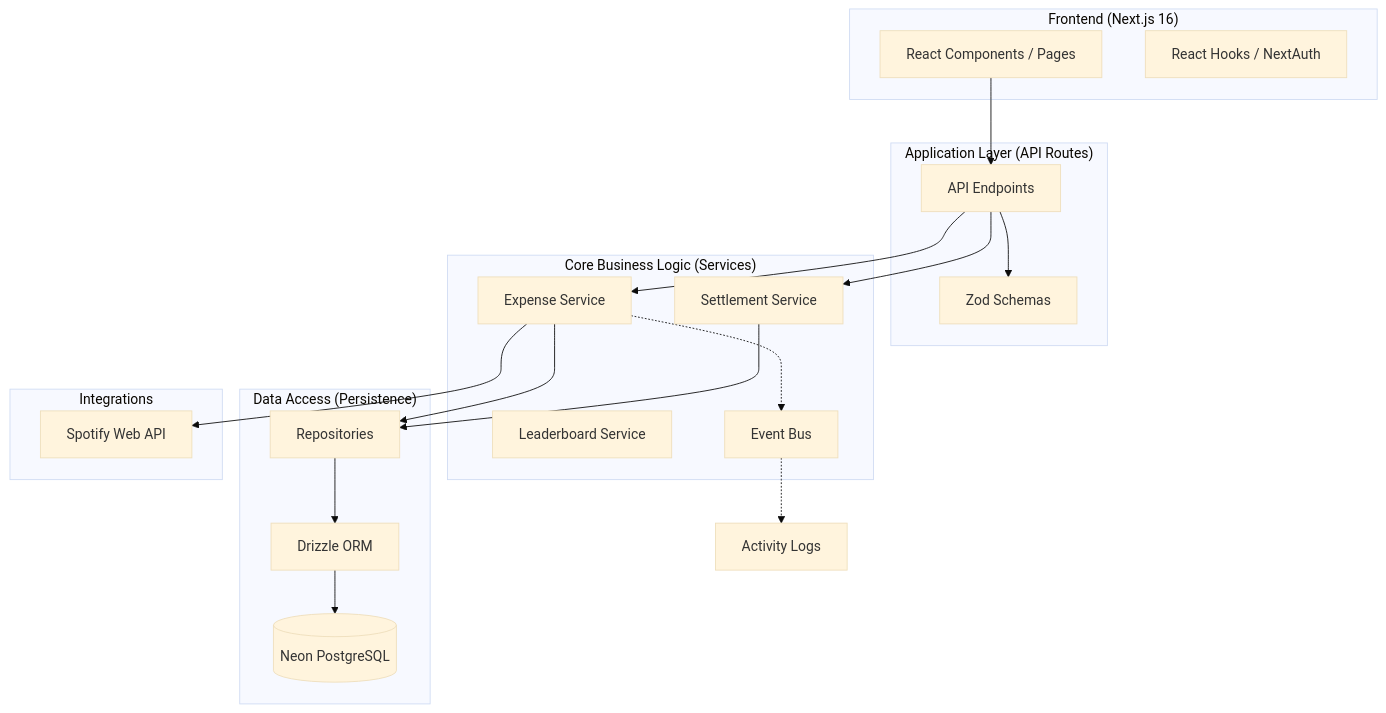
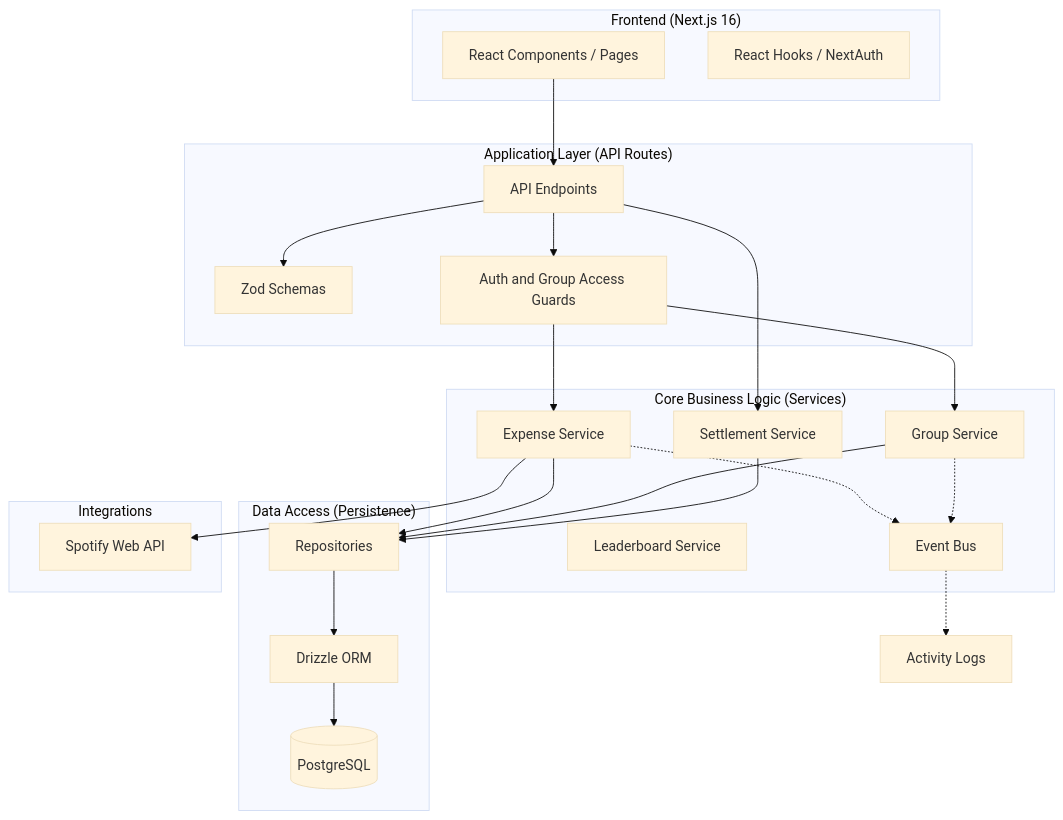
The first of 2 diagrams in README.md (abhaybansal0322/smart-expense-splitter), drawn with Mermaid (base theme) before and after one commit. The commit also changed other lines of this file and 10 other files, not shown here.

````diff
--- a/README.md
+++ b/README.md
@@ -24,41 +27,47 @@
 ```mermaid
 graph TD
     subgraph "Frontend (Next.js 16)"
         UI[React Components / Pages]
         State[React Hooks / NextAuth]
     end
 
     subgraph "Application Layer (API Routes)"
         Routes[API Endpoints]
         Validators[Zod Schemas]
+        Auth[Auth and Group Access Guards]
     end
 
     subgraph "Core Business Logic (Services)"
         ExpService[Expense Service]
+        GroupService[Group Service]
         SettService[Settlement Service]
         ScoreService[Leaderboard Service]
         Events[Event Bus]
     end
 
     subgraph "Data Access (Persistence)"
         Repos[Repositories]
         Drizzle[Drizzle ORM]
-        DB[(Neon PostgreSQL)]
+        DB[(PostgreSQL)]
     end
 
     subgraph "Integrations"
         Spotify[Spotify Web API]
     end
 
     UI --> Routes
     Routes --> Validators
-    Routes --> ExpService
+    Routes --> Auth
+    Auth --> ExpService
+    Auth --> GroupService
     Routes --> SettService
     ExpService --> Repos
+    GroupService --> Repos
     SettService --> Repos
     Repos --> Drizzle
     Drizzle --> DB
     ExpService -.-> Events
+    GroupService -.-> Events
     Events -.-> ActivityLog[Activity Logs]
     ExpService --> Spotify
 ```
````
